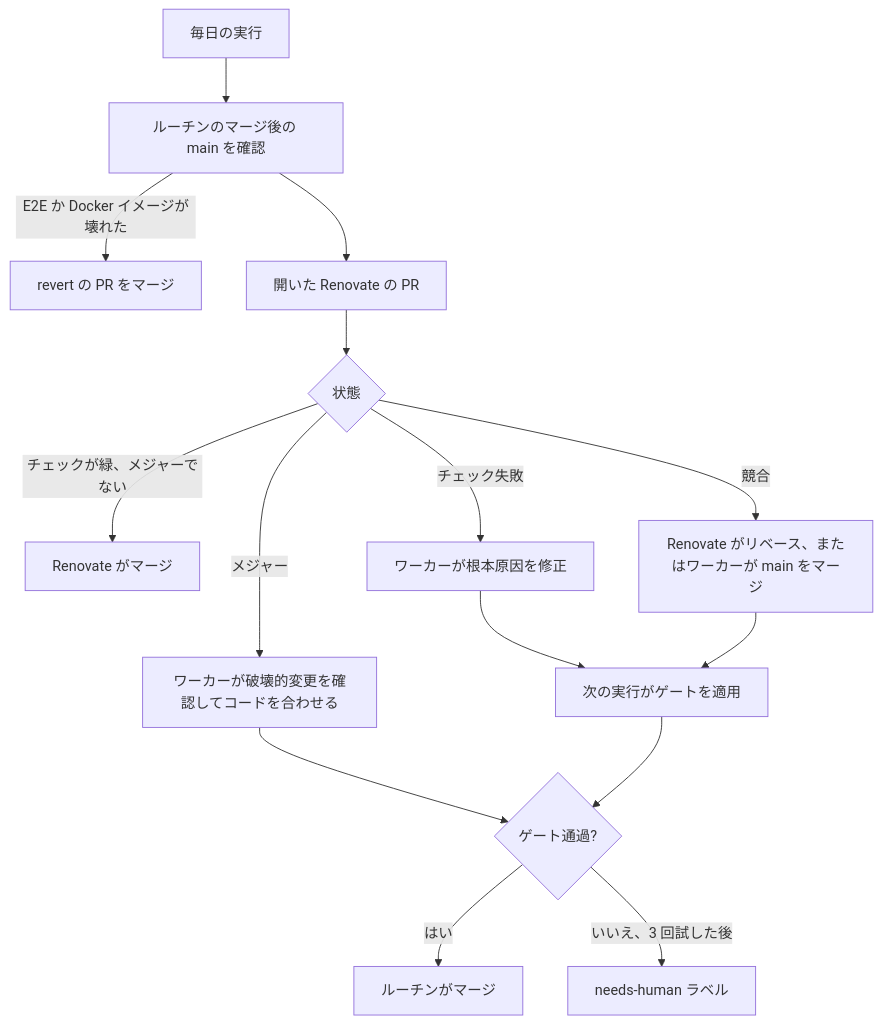
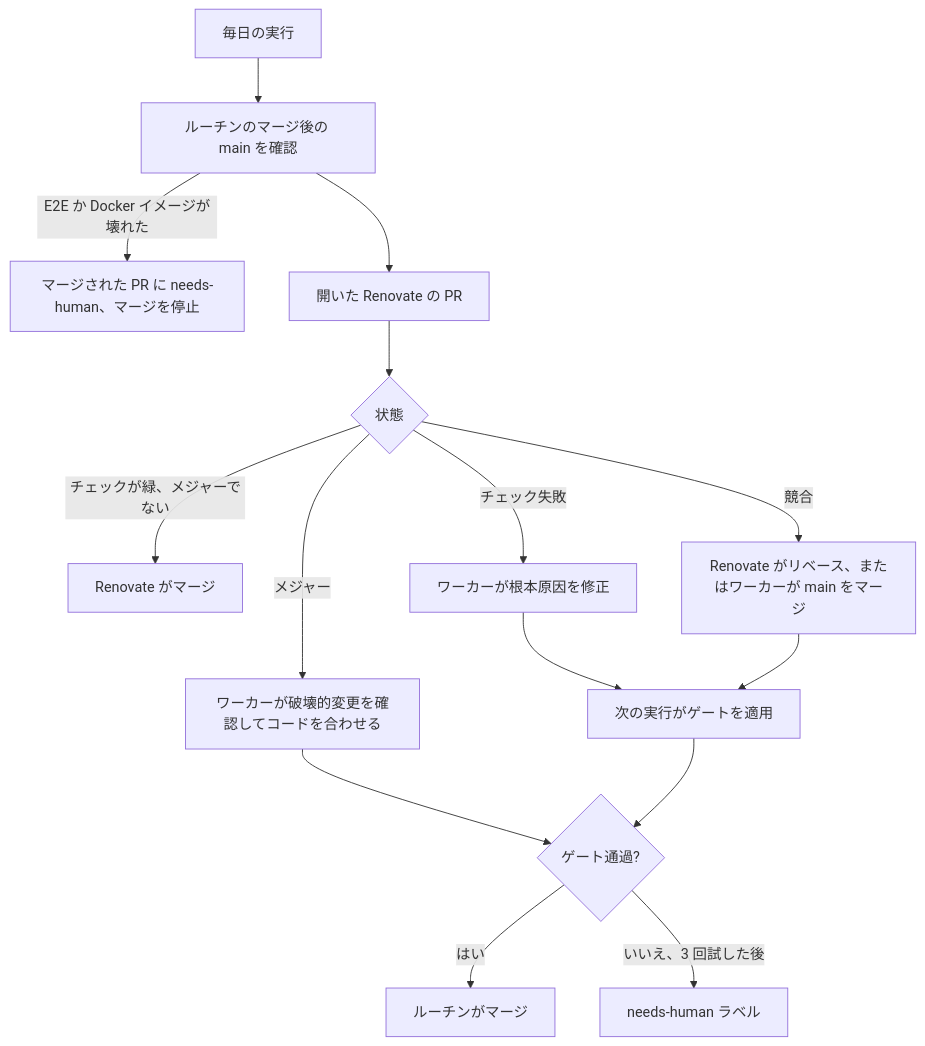
Before and after one commit to syudead/vv: the second of 2 diagrams in translations/ja/docs/how-to/dependency-updates.md, drawn with Mermaid. The commit also changed other lines of this file and 2 other files, not shown here.

````diff
--- a/translations/ja/docs/how-to/dependency-updates.md
+++ b/translations/ja/docs/how-to/dependency-updates.md
@@ -77,17 +77,17 @@
 ```mermaid
 flowchart TD
   start[毎日の実行] --> watch[ルーチンのマージ後の main を確認]
-  watch -->|E2E か Docker イメージが壊れた| revert[revert の PR をマージ]
+  watch -->|E2E か Docker イメージが壊れた| broken[マージされた PR に needs-human、マージを停止]
   watch --> list[開いた Renovate の PR]
   list --> kind{状態}
   kind -->|チェックが緑、メジャーでない| skip[Renovate がマージ]
   kind -->|競合| rebase[Renovate がリベース、またはワーカーが main をマージ]
   kind -->|チェック失敗| fix[ワーカーが根本原因を修正]
   kind -->|メジャー| review[ワーカーが破壊的変更を確認してコードを合わせる]
   fix --> next[次の実行がゲートを適用]
   rebase --> next
   review --> gate{ゲート通過?}
   next --> gate
   gate -->|はい| merge[ルーチンがマージ]
   gate -->|いいえ、3 回試した後| human[needs-human ラベル]
 ```
````
